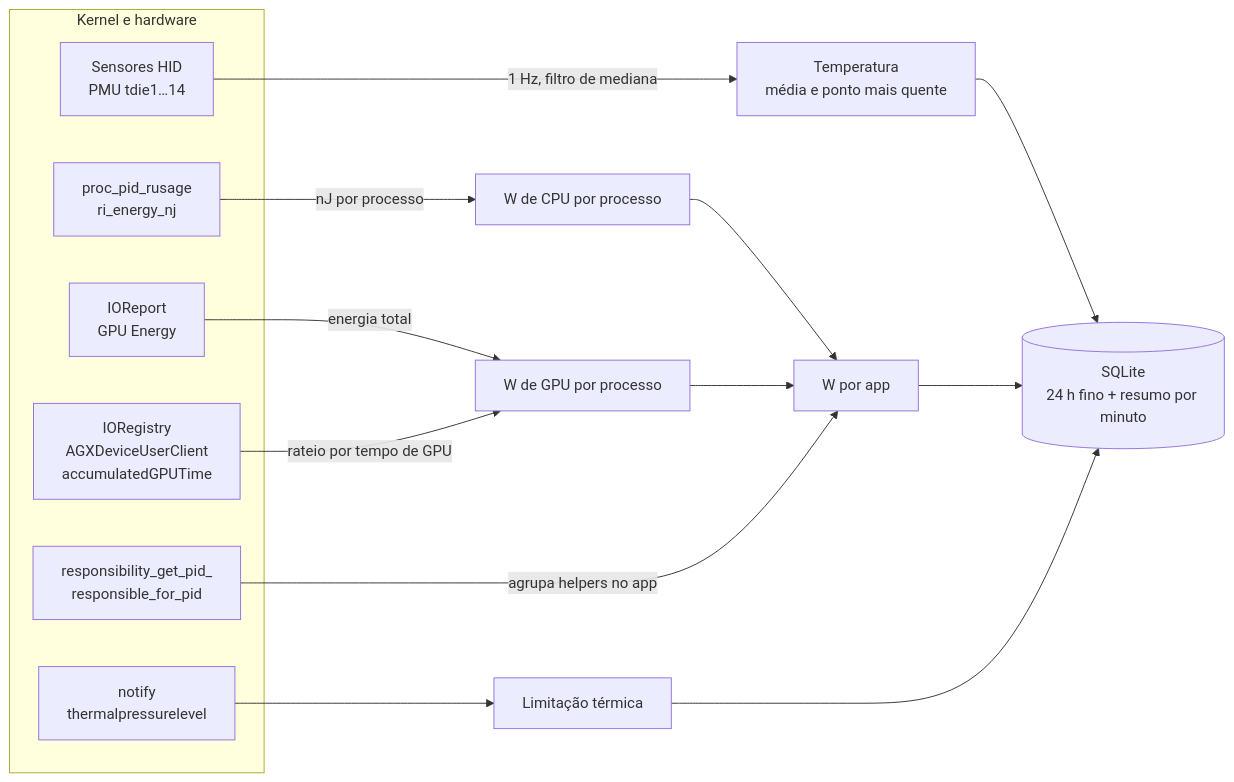
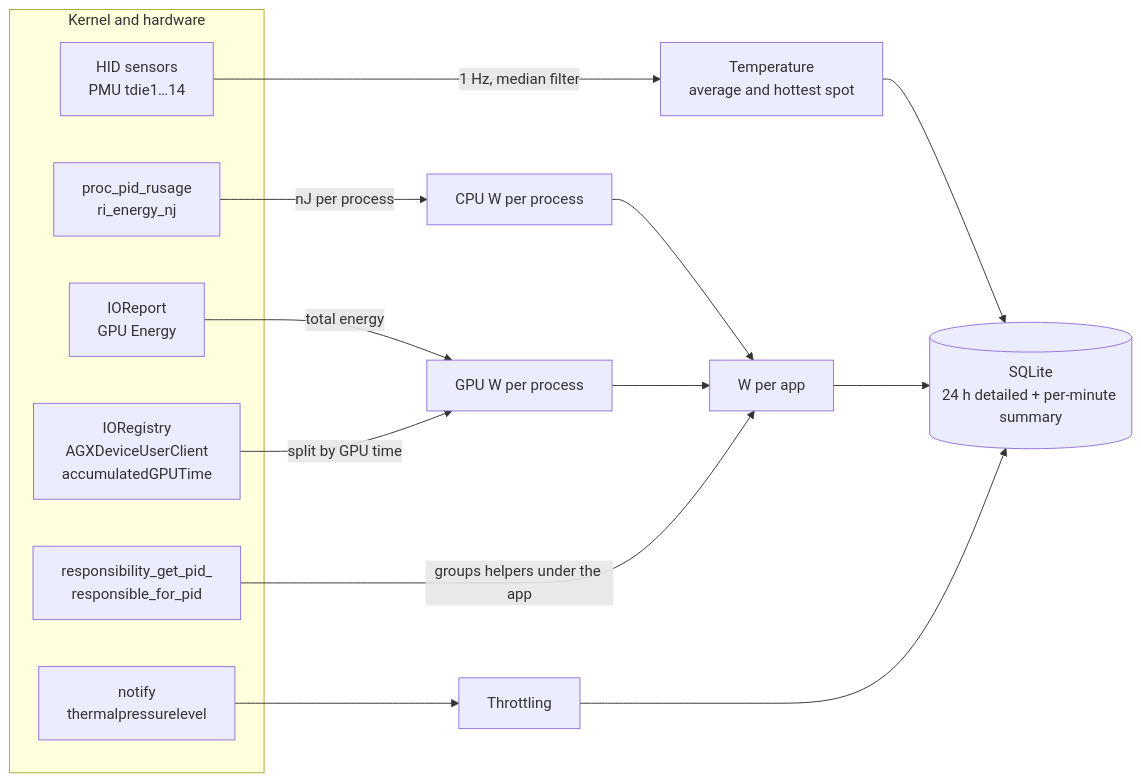
The diagram in README.md (gbrlrg/termo-bar), drawn with Mermaid before and after one commit. The commit also changed other lines of this file and 3 other files, not shown here.

````diff
--- a/README.md
+++ b/README.md
@@ -45,22 +66,22 @@
 ```mermaid
 flowchart LR
-    subgraph Kernel e hardware
-        HID["Sensores HID<br/>PMU tdie1…14"]
+    subgraph Kernel and hardware
+        HID["HID sensors<br/>PMU tdie1…14"]
         RU["proc_pid_rusage<br/>ri_energy_nj"]
         IOR["IOReport<br/>GPU Energy"]
         AGX["IORegistry<br/>AGXDeviceUserClient<br/>accumulatedGPUTime"]
         RESP["responsibility_get_pid_<br/>responsible_for_pid"]
         TP["notify<br/>thermalpressurelevel"]
     end
-    HID -->|"1 Hz, filtro de mediana"| T["Temperatura<br/>média e ponto mais quente"]
-    RU -->|"nJ por processo"| CPU["W de CPU por processo"]
-    IOR -->|"energia total"| GPU["W de GPU por processo"]
-    AGX -->|"rateio por tempo de GPU"| GPU
-    CPU --> APP["W por app"]
+    HID -->|"1 Hz, median filter"| T["Temperature<br/>average and hottest spot"]
+    RU -->|"nJ per process"| CPU["CPU W per process"]
+    IOR -->|"total energy"| GPU["GPU W per process"]
+    AGX -->|"split by GPU time"| GPU
+    CPU --> APP["W per app"]
     GPU --> APP
-    RESP -->|"agrupa helpers no app"| APP
-    TP --> TH["Limitação térmica"]
-    T --> DB[("SQLite<br/>24 h fino + resumo por minuto")]
+    RESP -->|"groups helpers under the app"| APP
+    TP --> TH["Throttling"]
+    T --> DB[("SQLite<br/>24 h detailed + per-minute summary")]
     APP --> DB
     TH --> DB
 ```
````
